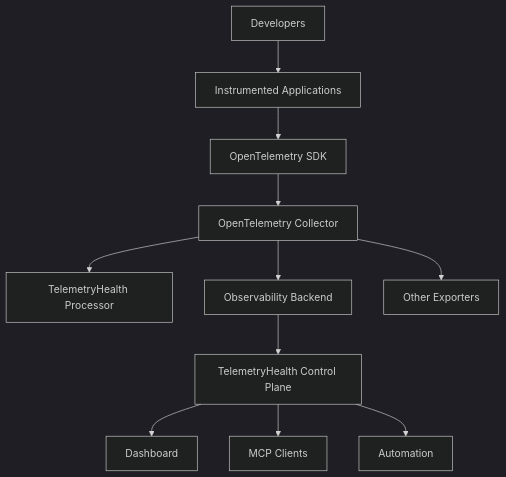
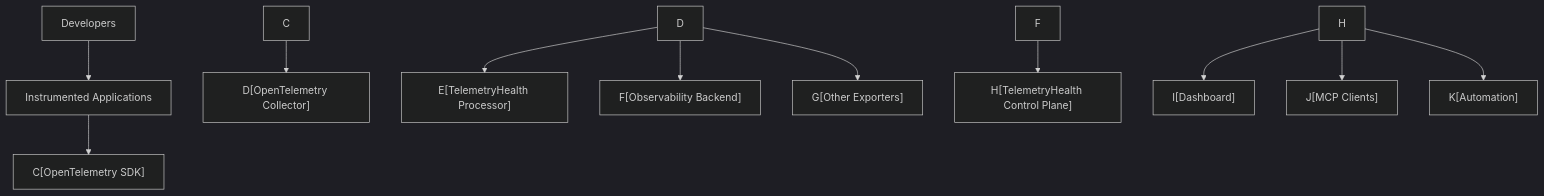
One commit to frag2win/TelemetryHealth changed the first of 3 diagrams in docs/architecture/002_SYSTEM_CONTEXT.md. Above: the diagram before and after it, drawn with Mermaid (dark theme). The commit also changed other lines of this file and 25 other files, not shown here.

Commit message:
docs: fix strict Mermaid.js parse errors (unsupported inline quoted node IDs)

````diff
--- a/docs/architecture/002_SYSTEM_CONTEXT.md
+++ b/docs/architecture/002_SYSTEM_CONTEXT.md
@@ -47,16 +47,16 @@
 ```mermaid
 graph TD
-    A[Developers] --> B[Instrumented Applications]
-    B --> C[OpenTelemetry SDK]
-    C --> D[OpenTelemetry Collector]
-    
-    D --> E[TelemetryHealth Processor]
-    D --> F[Observability Backend]
-    D --> G[Other Exporters]
-    
-    F --> H[TelemetryHealth Control Plane]
-    
-    H --> I[Dashboard]
-    H --> J[MCP Clients]
-    H --> K[Automation]
+A[Developers] --> B[Instrumented Applications]
+    B --> N1["C[OpenTelemetry SDK]"]
+    C --> N2["D[OpenTelemetry Collector]"]
+
+    D --> N3["E[TelemetryHealth Processor]"]
+    D --> N4["F[Observability Backend]"]
+    D --> N5["G[Other Exporters]"]
+
+    F --> N6["H[TelemetryHealth Control Plane]"]
+
+    H --> N7["I[Dashboard]"]
+    H --> N8["J[MCP Clients]"]
+    H --> N9["K[Automation]"]
 ```
````
